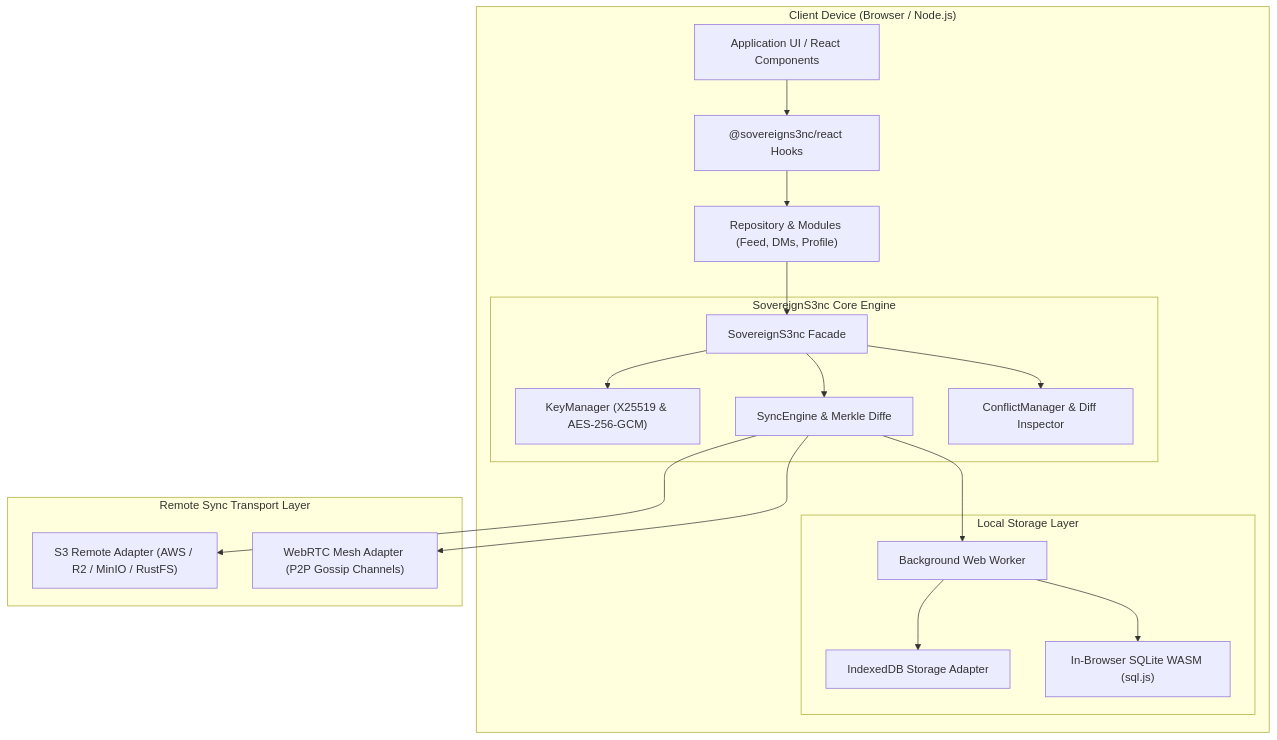
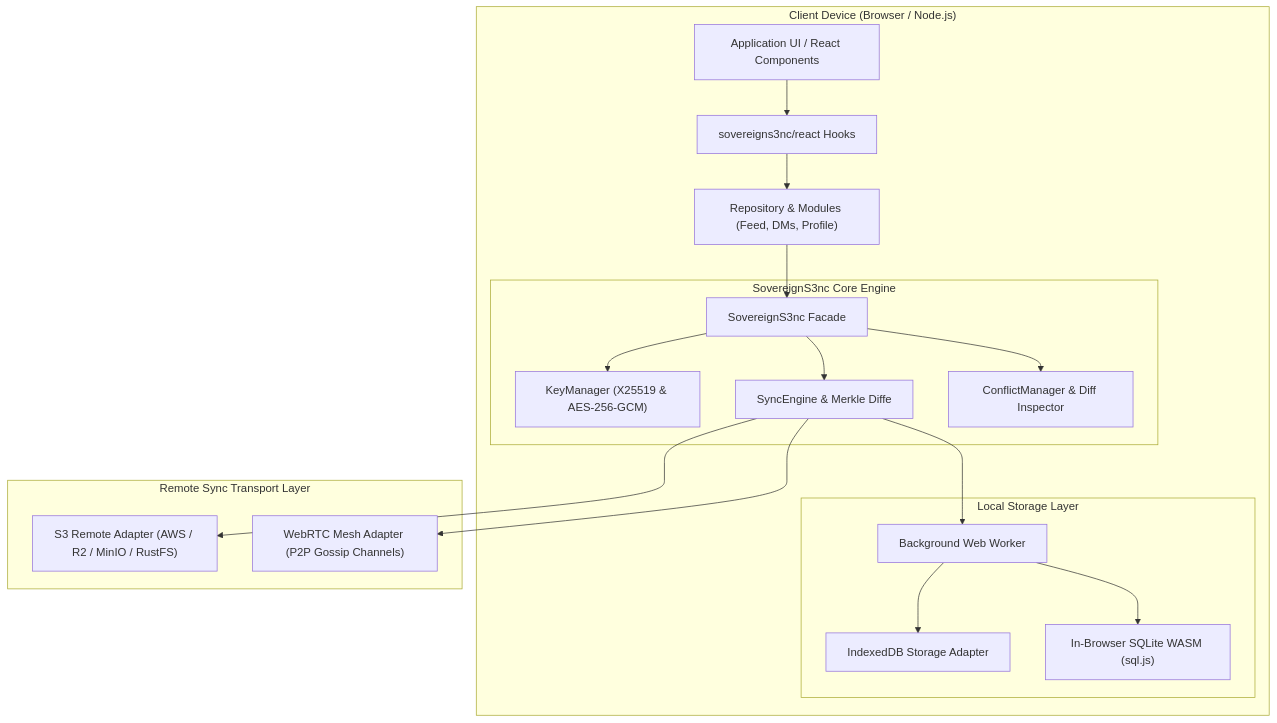
The first of 3 diagrams in docs/architecture.md (tonym128/SovereignS3nc), drawn with Mermaid before and after one commit. The commit also changed 16 other files, not shown here.

Commit message:
docs: streamline React integration docs and quickstart to use sovereigns3nc/react subpath

````diff
--- a/docs/architecture.md
+++ b/docs/architecture.md
@@ -9,38 +9,38 @@
 ```mermaid
 flowchart TD
     subgraph ClientBrowser["Client Device (Browser / Node.js)"]
         UI["Application UI / React Components"]
-        Hooks["@sovereigns3nc/react Hooks"]
+        Hooks["sovereigns3nc/react Hooks"]
         Repo["Repository<T> & Modules (Feed, DMs, Profile)"]
         
         subgraph CoreEngine["SovereignS3nc Core Engine"]
             Facade["SovereignS3nc Facade"]
             KeyMgr["KeyManager (X25519 & AES-256-GCM)"]
             SyncEngine["SyncEngine & Merkle Diffe"]
             ConflictMgr["ConflictManager & Diff Inspector"]
         end
         
         subgraph LocalStorage["Local Storage Layer"]
             Worker["Background Web Worker"]
             IDB["IndexedDB Storage Adapter"]
             SQLite["In-Browser SQLite WASM (sql.js)"]
         end
     end
 
     subgraph RemoteLayer["Remote Sync Transport Layer"]
         S3["S3 Remote Adapter (AWS / R2 / MinIO / RustFS)"]
         WebRTC["WebRTC Mesh Adapter (P2P Gossip Channels)"]
     end
 
     UI --> Hooks
     Hooks --> Repo
     Repo --> Facade
     Facade --> KeyMgr
     Facade --> SyncEngine
     Facade --> ConflictMgr
     SyncEngine --> Worker
     Worker --> IDB
     Worker --> SQLite
     SyncEngine --> S3
     SyncEngine --> WebRTC
 ```
````
